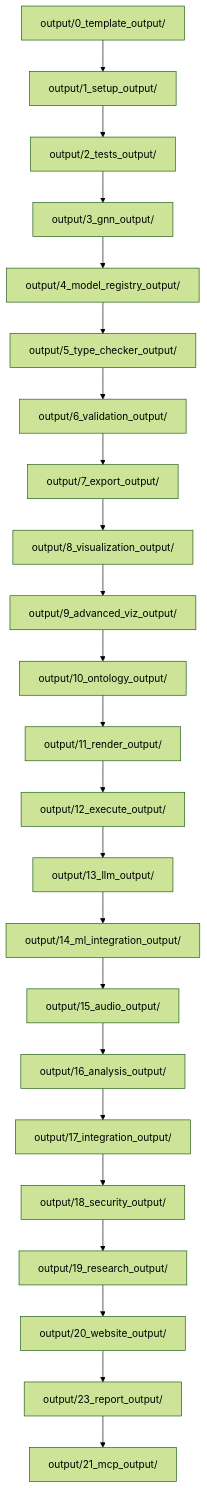
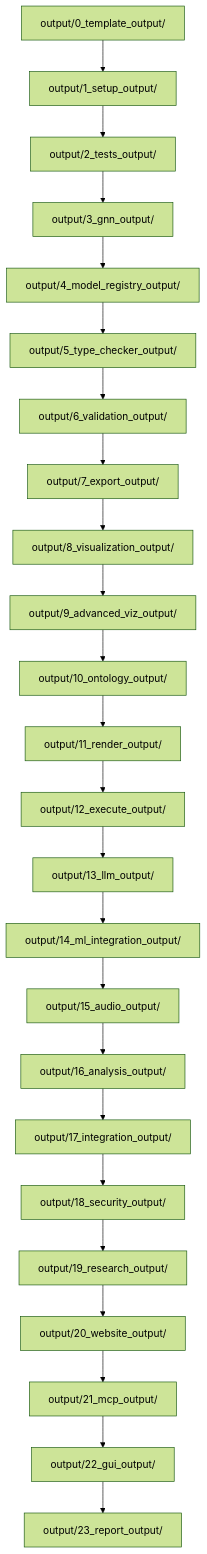
One commit to ActiveInferenceInstitute/GeneralizedNotationNotation changed the fifth of 7 diagrams in DOCS.md. Above: the diagram before and after it, drawn with Mermaid (forest theme). The commit also changed other lines of this file and 272 other files, not shown here.

````diff
--- a/DOCS.md
+++ b/DOCS.md
@@ -108,25 +110,26 @@
 ```mermaid
 flowchart TD
   O0[output/0_template_output/] --> O1[output/1_setup_output/]
   O1 --> O2[output/2_tests_output/]
   O2 --> O3[output/3_gnn_output/]
   O3 --> O4[output/4_model_registry_output/]
   O4 --> O5[output/5_type_checker_output/]
   O5 --> O6[output/6_validation_output/]
   O6 --> O7[output/7_export_output/]
   O7 --> O8[output/8_visualization_output/]
   O8 --> O9[output/9_advanced_viz_output/]
   O9 --> O10[output/10_ontology_output/]
   O10 --> O11[output/11_render_output/]
   O11 --> O12[output/12_execute_output/]
   O12 --> O13[output/13_llm_output/]
   O13 --> O14[output/14_ml_integration_output/]
   O14 --> O15[output/15_audio_output/]
   O15 --> O16[output/16_analysis_output/]
   O16 --> O17[output/17_integration_output/]
   O17 --> O18[output/18_security_output/]
   O18 --> O19[output/19_research_output/]
   O19 --> O20[output/20_website_output/]
-  O20 --> O21[output/23_report_output/]
-  O21 --> O22[output/21_mcp_output/]
+  O20 --> O21[output/21_mcp_output/]
+  O21 --> O22[output/22_gui_output/]
+  O22 --> O23[output/23_report_output/]
 ```
````
